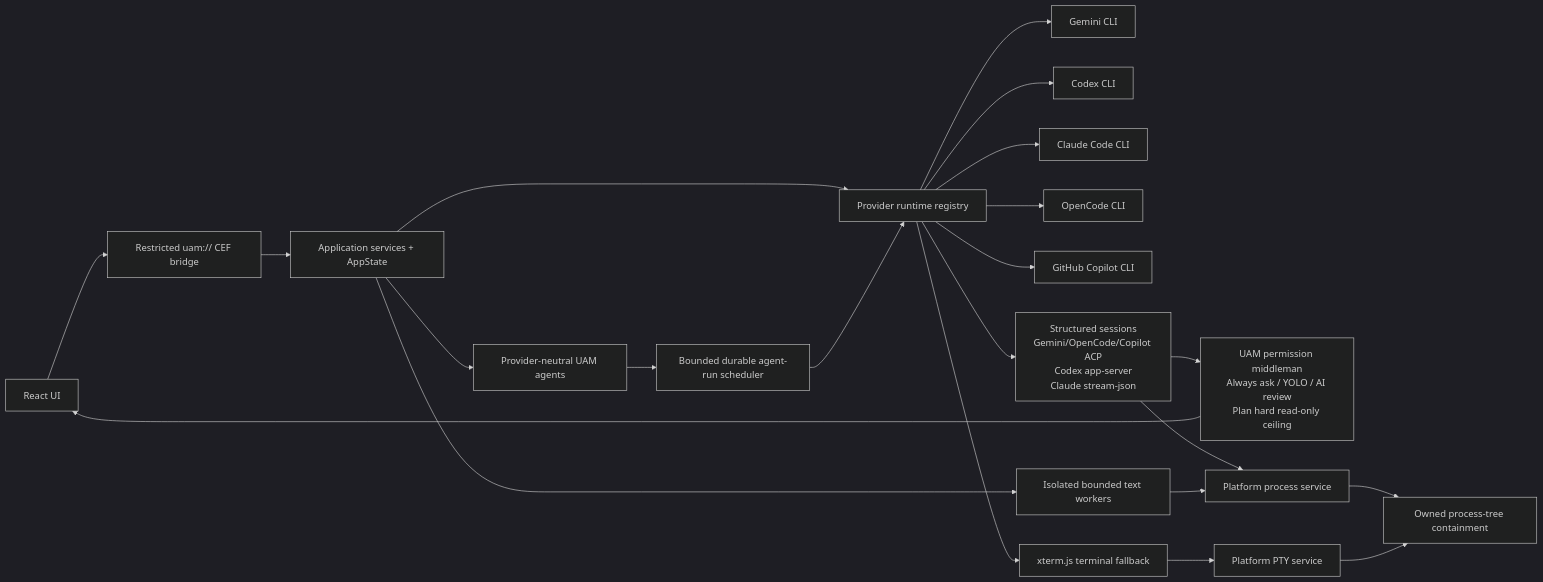
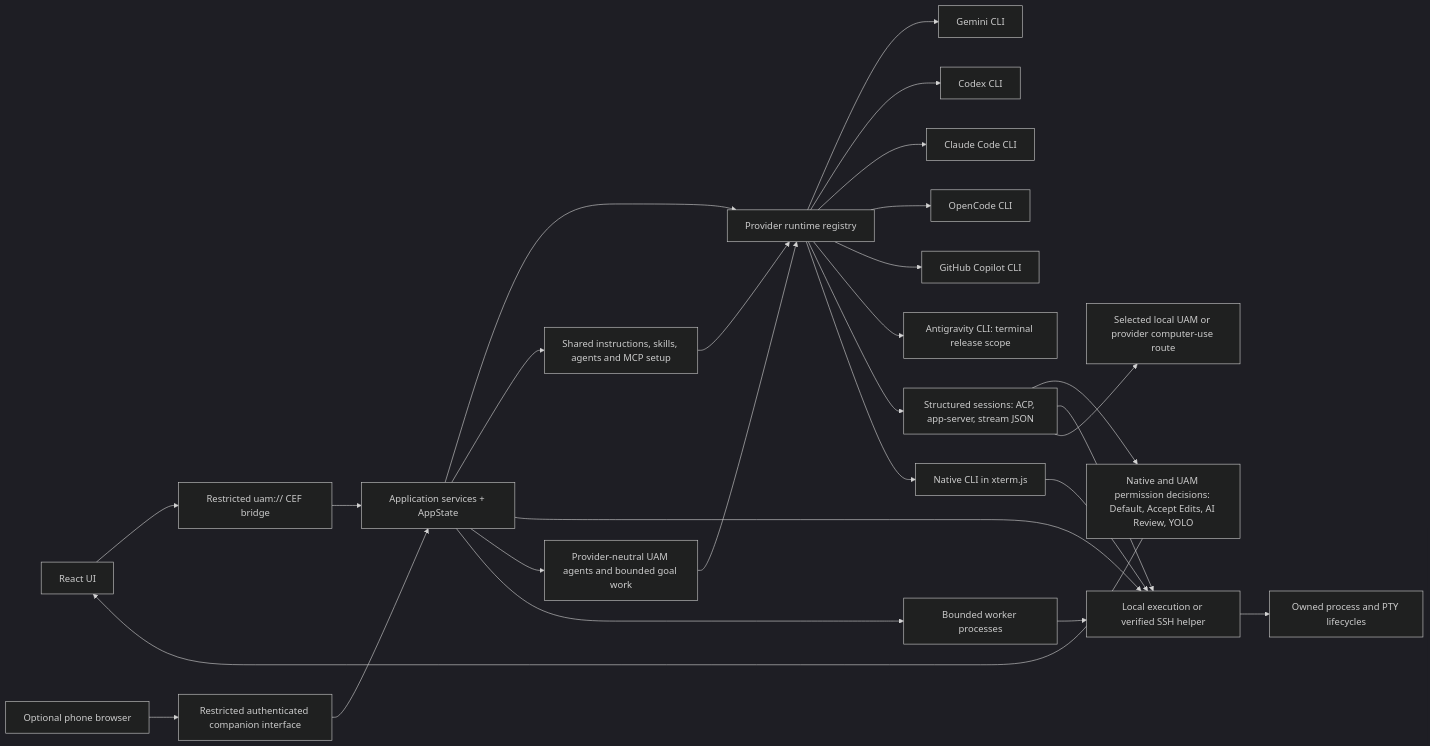
Before and after one commit to davidtaylor6130/Universal-Agent-Manager: the diagram in docs/architecture/architecture_1.mmd, drawn with Mermaid (dark theme). The commit also changed 138 other files, not shown here.

```diff
--- a/docs/architecture/architecture_1.mmd
+++ b/docs/architecture/architecture_1.mmd
@@ -1,26 +1,32 @@
 flowchart LR
   UI["React UI"] --> CEF["Restricted uam:// CEF bridge"]
   CEF --> APP["Application services + AppState"]
   APP --> REGISTRY["Provider runtime registry"]
 
   REGISTRY --> GEMINI["Gemini CLI"]
   REGISTRY --> CODEX["Codex CLI"]
   REGISTRY --> CLAUDE["Claude Code CLI"]
   REGISTRY --> OPENCODE["OpenCode CLI"]
   REGISTRY --> COPILOT["GitHub Copilot CLI"]
+  REGISTRY --> ANTIGRAVITY["Antigravity CLI: terminal release scope"]
 
-  REGISTRY --> STRUCTURED["Structured sessions\nGemini/OpenCode/Copilot ACP\nCodex app-server\nClaude stream-json"]
-  REGISTRY --> TERMINAL["xterm.js terminal fallback"]
-  STRUCTURED --> MIDDLEMAN["UAM permission middleman\nAlways ask / YOLO / AI review\nPlan hard read-only ceiling"]
-  MIDDLEMAN --> UI
+  REGISTRY --> STRUCTURED["Structured sessions: ACP, app-server, stream JSON"]
+  REGISTRY --> TERMINAL["Native CLI in xterm.js"]
+  STRUCTURED --> POLICY["Native and UAM permission decisions: Default, Accept Edits, AI Review, YOLO"]
+  POLICY --> UI
 
-  STRUCTURED --> PROCESS["Platform process service"]
-  TERMINAL --> PTY["Platform PTY service"]
-  PROCESS --> CONTAINMENT["Owned process-tree containment"]
-  PTY --> CONTAINMENT
+  APP --> SETUP["Shared instructions, skills, agents and MCP setup"]
+  SETUP --> REGISTRY
+  APP --> EXECUTION["Local execution or verified SSH helper"]
+  STRUCTURED --> EXECUTION
+  TERMINAL --> EXECUTION
+  EXECUTION --> CONTAINMENT["Owned process and PTY lifecycles"]
 
-  APP --> AGENTS["Provider-neutral UAM agents"]
-  AGENTS --> SCHEDULER["Bounded durable agent-run scheduler"]
-  SCHEDULER --> REGISTRY
-  APP --> WORKERS["Isolated bounded text workers"]
-  WORKERS --> PROCESS
+  APP --> AGENTS["Provider-neutral UAM agents and bounded goal work"]
+  AGENTS --> REGISTRY
+  APP --> WORKERS["Bounded worker processes"]
+  WORKERS --> EXECUTION
+
+  PHONE["Optional phone browser"] --> COMPANION["Restricted authenticated companion interface"]
+  COMPANION --> APP
+  STRUCTURED --> COMPUTER["Selected local UAM or provider computer-use route"]
```
